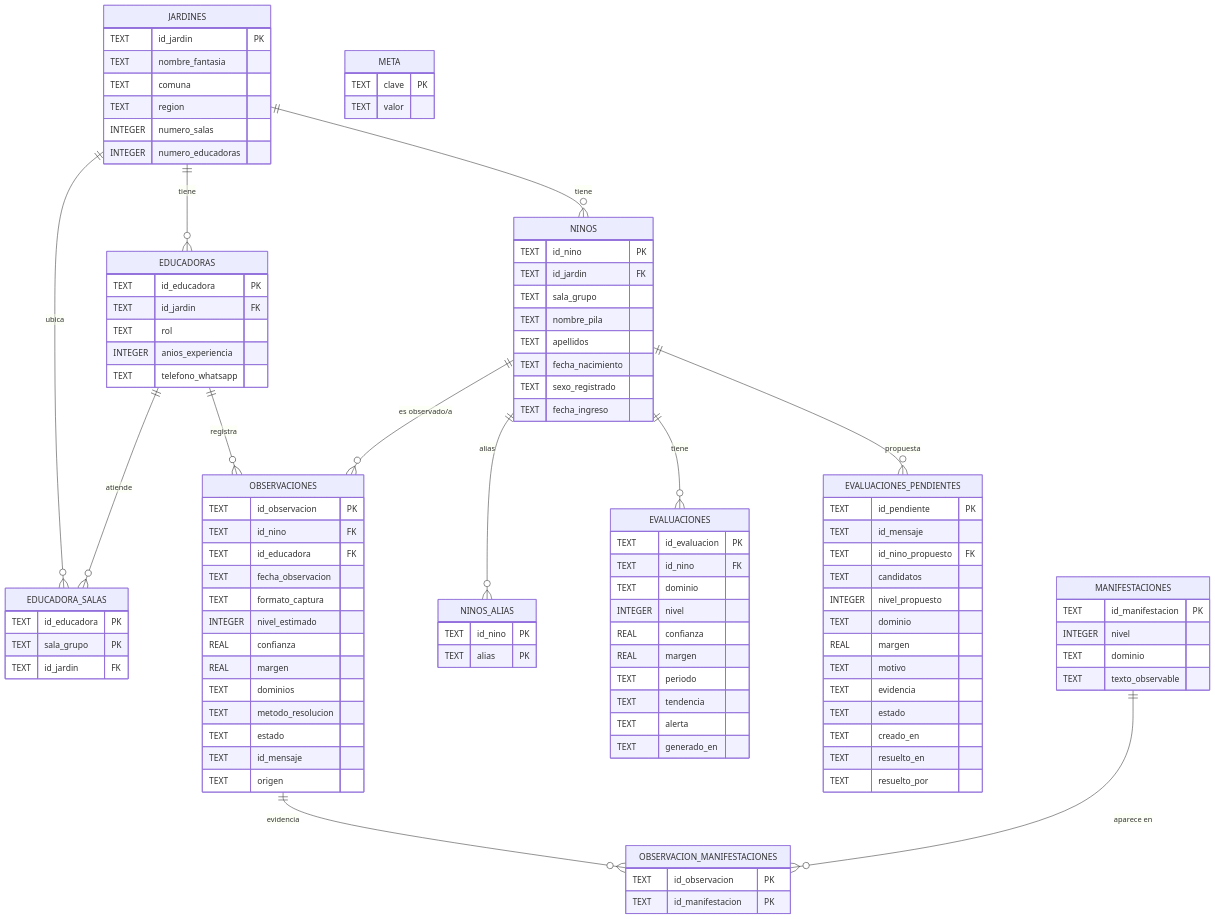
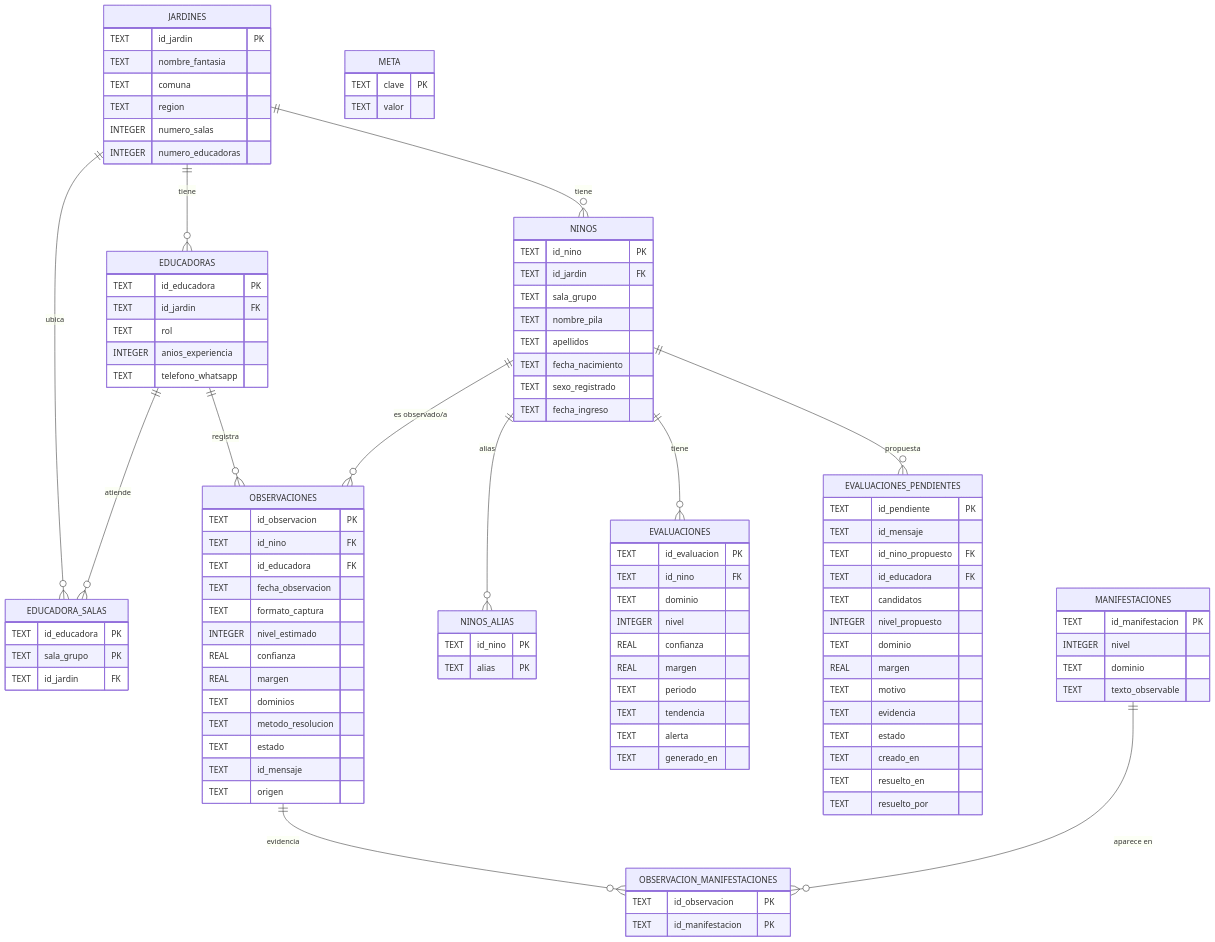
Before and after one commit to IntegrAI-coder/IntegrAI: the diagram in docs/DIAGRAMA_BD.md, drawn with Mermaid. The commit also changed other lines of this file and 2 other files, not shown here.

First line of the commit message:
docs(bd): agrega id_educadora a evaluaciones_pendientes (asignación de la cola a la tía)

```diff
--- a/docs/DIAGRAMA_BD.md
+++ b/docs/DIAGRAMA_BD.md
@@ -102,6 +102,7 @@
         TEXT id_pendiente PK
         TEXT id_mensaje
         TEXT id_nino_propuesto FK
+        TEXT id_educadora FK
         TEXT candidatos
         INTEGER nivel_propuesto
         TEXT dominio
```
